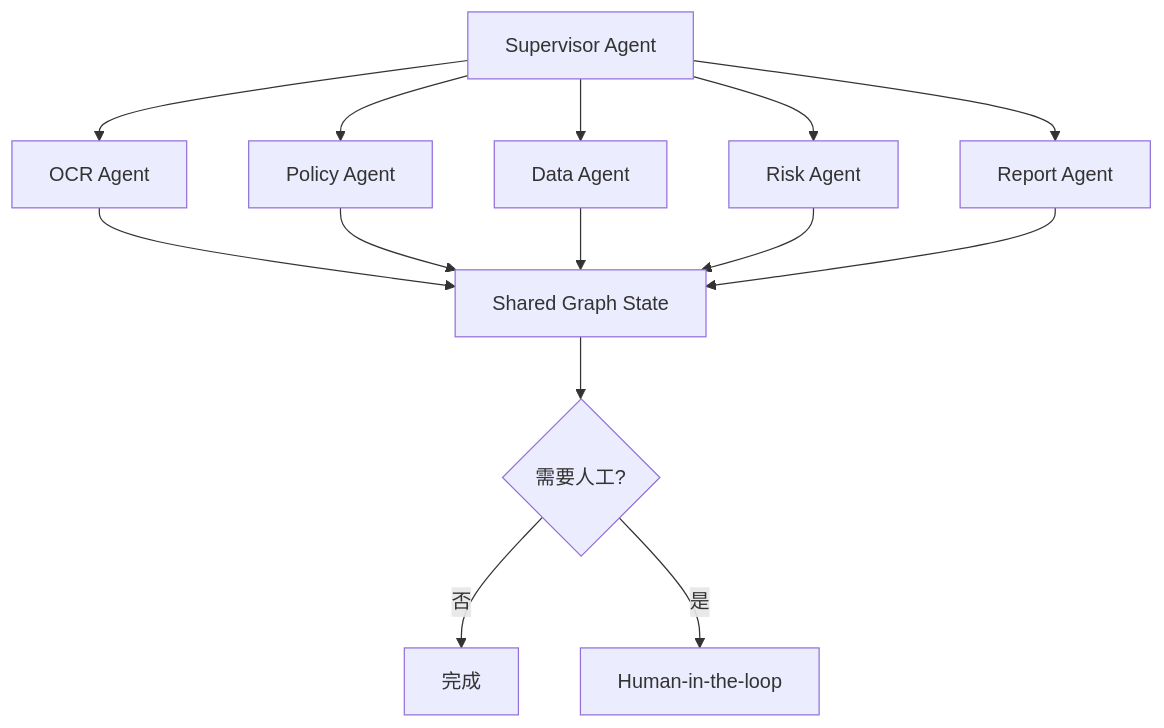
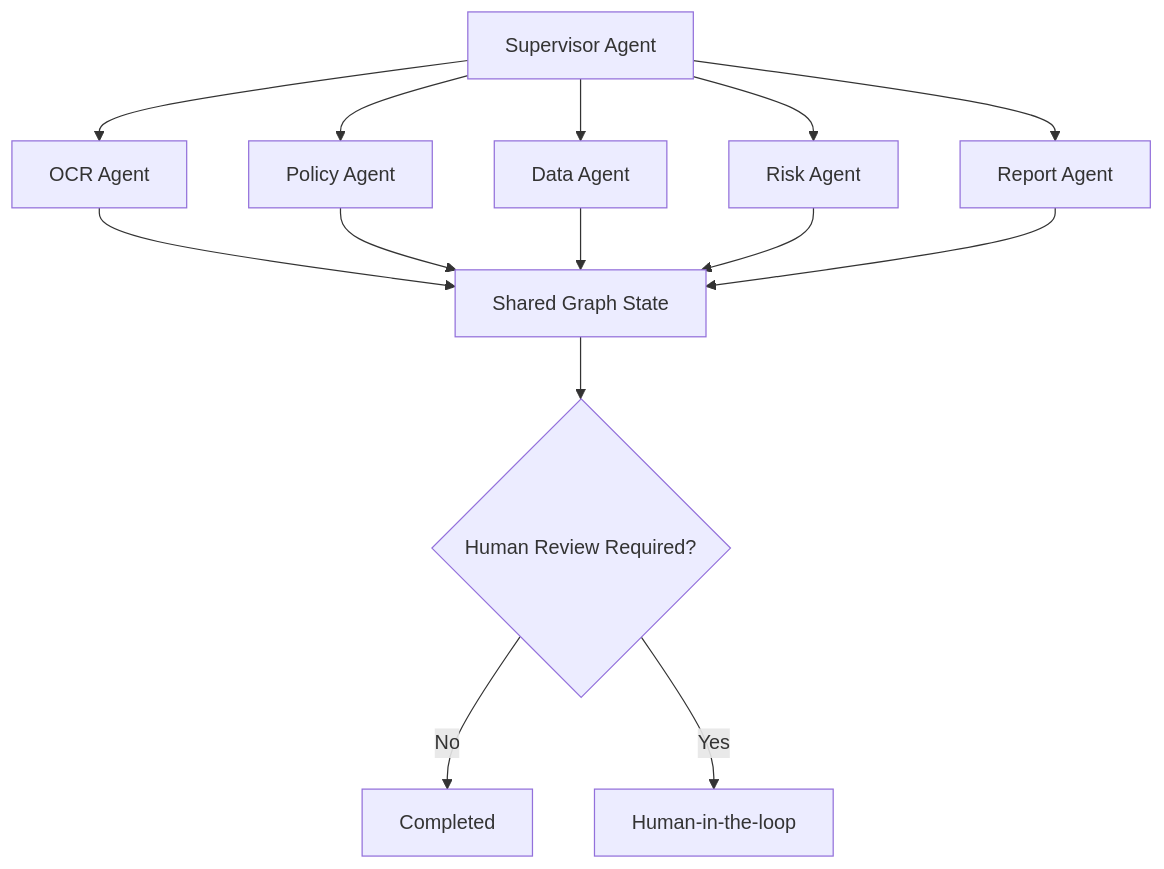
One commit to Chuan1130/invoice-agent-system changed the fifth of 5 diagrams in README.md. Above: the diagram before and after it, drawn with Mermaid. The commit also changed other lines of this file, not shown here.

````diff
--- a/README.md
+++ b/README.md
@@ -585,19 +585,19 @@
 ```mermaid
 flowchart TD
     S[Supervisor Agent]
     S --> O[OCR Agent]
     S --> P[Policy Agent]
     S --> D[Data Agent]
     S --> R[Risk Agent]
     S --> G[Report Agent]
 
     O --> STATE[Shared Graph State]
     P --> STATE
     D --> STATE
     R --> STATE
     G --> STATE
 
-    STATE --> H{需要人工?}
-    H -->|否| DONE[完成]
-    H -->|是| HUMAN[Human-in-the-loop]
+    STATE --> H{Human Review Required?}
+    H -->|No| DONE[Completed]
+    H -->|Yes| HUMAN[Human-in-the-loop]
 ```
````
